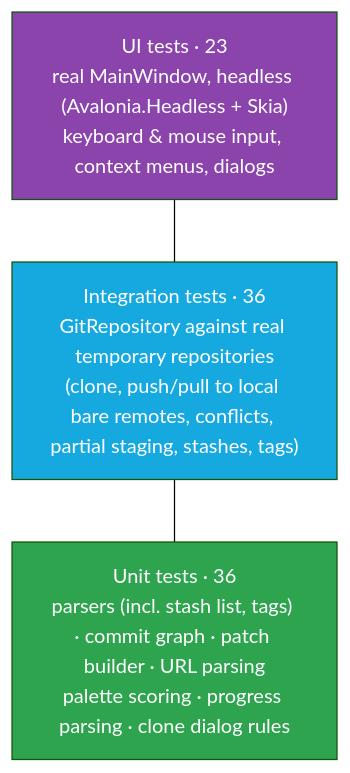
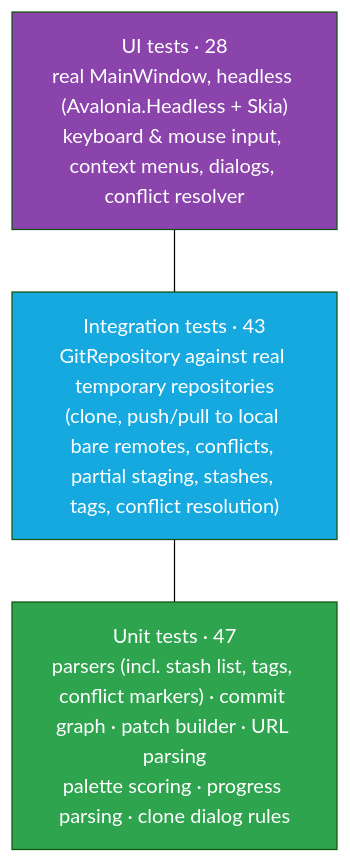
Before and after one commit to mhrezaee/git-hr: the seventh of 8 diagrams in README.md, drawn with Mermaid (forest theme). The commit also changed other lines of this file and 14 other files, not shown here.

First line of the commit message:
Add merge conflict resolver

````diff
--- a/README.md
+++ b/README.md
@@ -250,10 +289,10 @@
 ```mermaid
 flowchart TB
-    UI["UI tests · 23<br/>real MainWindow, headless (Avalonia.Headless + Skia)<br/>keyboard & mouse input, context menus, dialogs"]
-    INT["Integration tests · 36<br/>GitRepository against real temporary repositories<br/>(clone, push/pull to local bare remotes, conflicts, partial staging, stashes, tags)"]
-    UNIT["Unit tests · 36<br/>parsers (incl. stash list, tags) · commit graph · patch builder · URL parsing<br/>palette scoring · progress parsing · clone dialog rules"]
+    UI["UI tests · 28<br/>real MainWindow, headless (Avalonia.Headless + Skia)<br/>keyboard & mouse input, context menus, dialogs, conflict resolver"]
+    INT["Integration tests · 43<br/>GitRepository against real temporary repositories<br/>(clone, push/pull to local bare remotes, conflicts, partial staging, stashes, tags, conflict resolution)"]
+    UNIT["Unit tests · 47<br/>parsers (incl. stash list, tags, conflict markers) · commit graph · patch builder · URL parsing<br/>palette scoring · progress parsing · clone dialog rules"]
     UI --- INT --- UNIT
     style UI fill:#8B44AC,color:#fff
     style INT fill:#16A9E0,color:#fff
     style UNIT fill:#2EA44F,color:#fff
 ```
````
